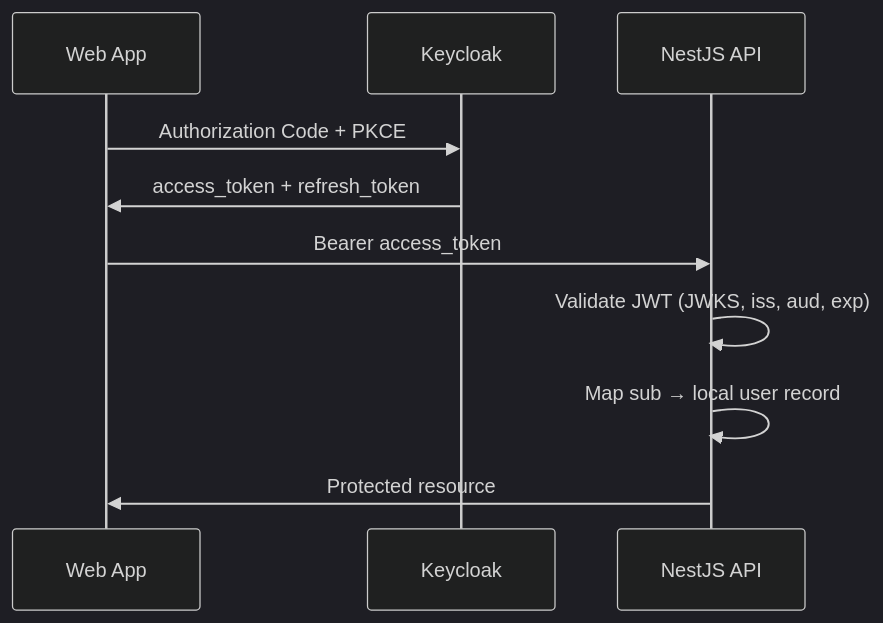
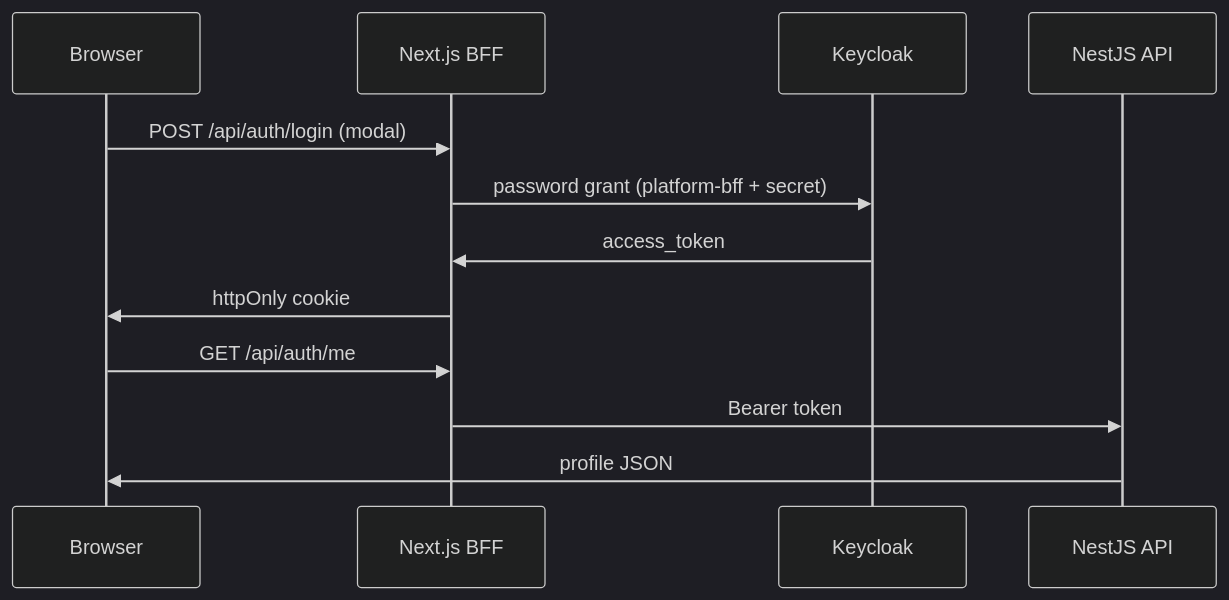
One commit to igor-chernetsky/Ant changed the diagram in docs/auth-keycloak.md. Above: the diagram before and after it, drawn with Mermaid (dark theme). The commit also changed other lines of this file and 9 other files, not shown here.

````diff
--- a/docs/auth-keycloak.md
+++ b/docs/auth-keycloak.md
@@ -9,13 +9,15 @@
 ```mermaid
 sequenceDiagram
-  participant Web as Web App
+  participant Browser
+  participant BFF as Next.js BFF
   participant KC as Keycloak
   participant API as NestJS API
 
-  Web->>KC: Authorization Code + PKCE
-  KC->>Web: access_token + refresh_token
-  Web->>API: Bearer access_token
-  API->>API: Validate JWT (JWKS, iss, aud, exp)
-  API->>API: Map sub → local user record
-  API->>Web: Protected resource
+  Browser->>BFF: POST /api/auth/login (modal)
+  BFF->>KC: password grant (platform-bff + secret)
+  KC->>BFF: access_token
+  BFF->>Browser: httpOnly cookie
+  Browser->>BFF: GET /api/auth/me
+  BFF->>API: Bearer token
+  API->>Browser: profile JSON
 ```
````
